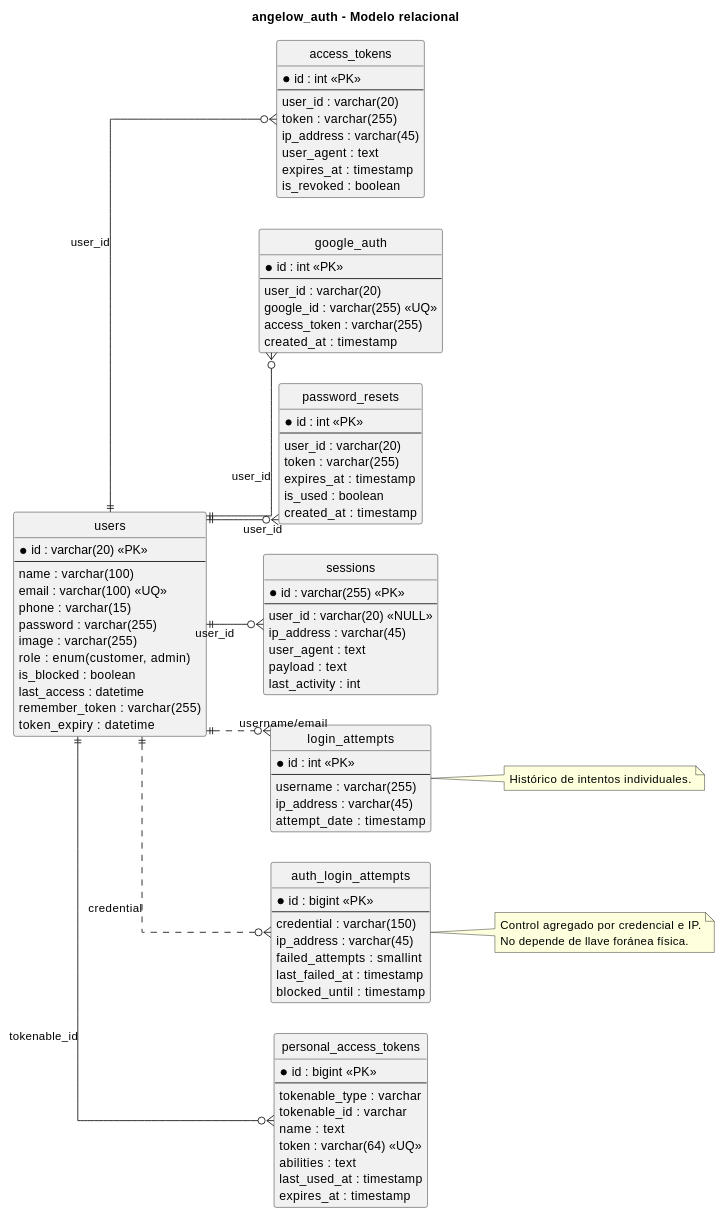
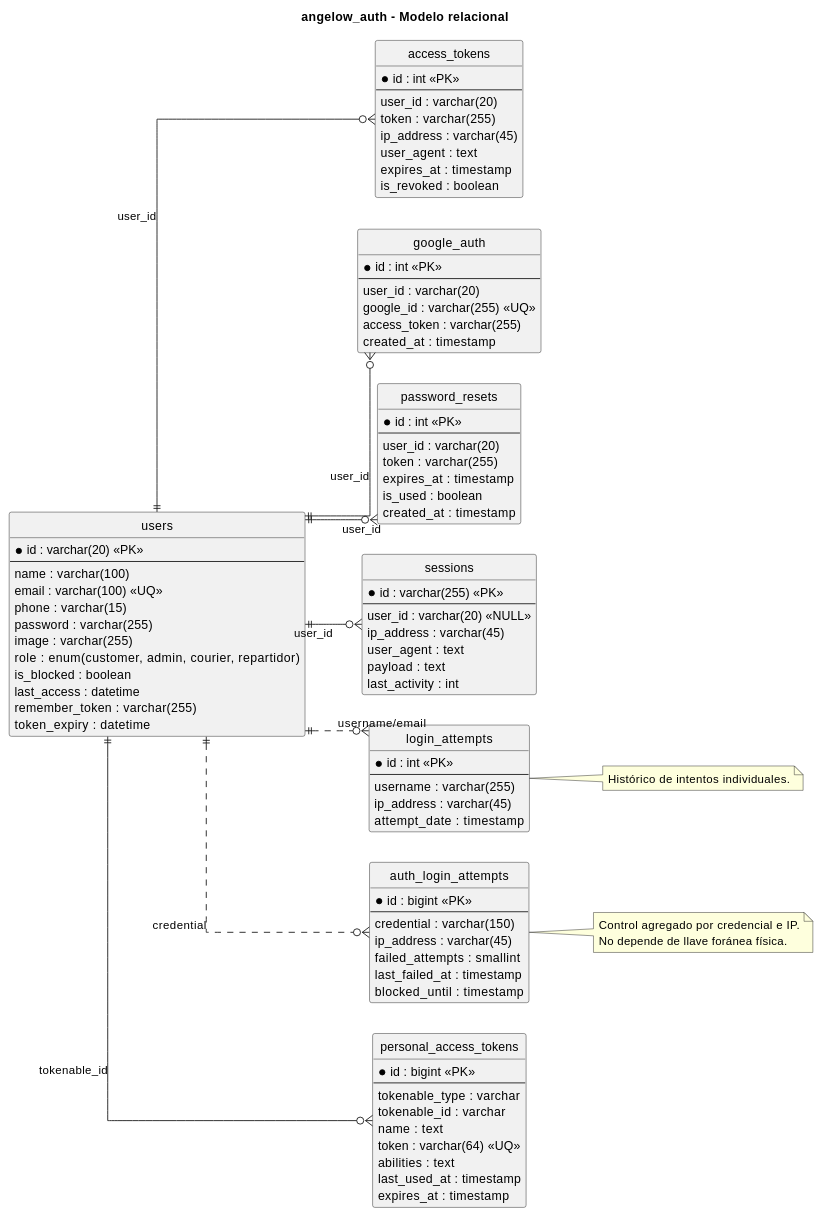
One commit to Braian551/Angelow_microservices changed the diagram in docs/arquitectura/modelos-relacionales-bases-datos/auth-service.md. Above: the diagram before and after it, drawn with PlantUML. The commit also changed other lines of this file and 456 other files, not shown here.

```diff
--- a/docs/arquitectura/modelos-relacionales-bases-datos/auth-service.md
+++ b/docs/arquitectura/modelos-relacionales-bases-datos/auth-service.md
@@ -30,7 +30,7 @@
   phone : varchar(15)
   password : varchar(255)
   image : varchar(255)
-  role : enum(customer, admin)
+  role : enum(customer, admin, courier, repartidor)
   is_blocked : boolean
   last_access : datetime
   remember_token : varchar(255)
```
